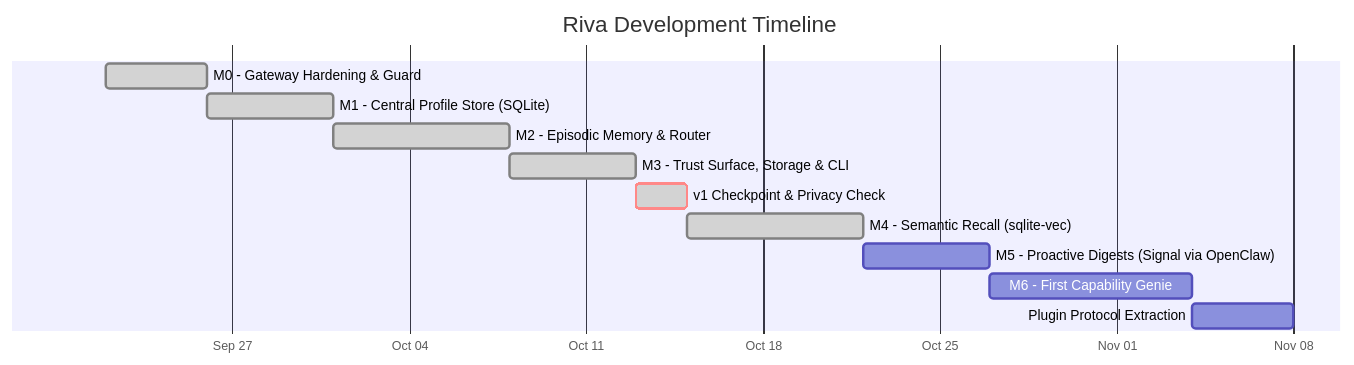
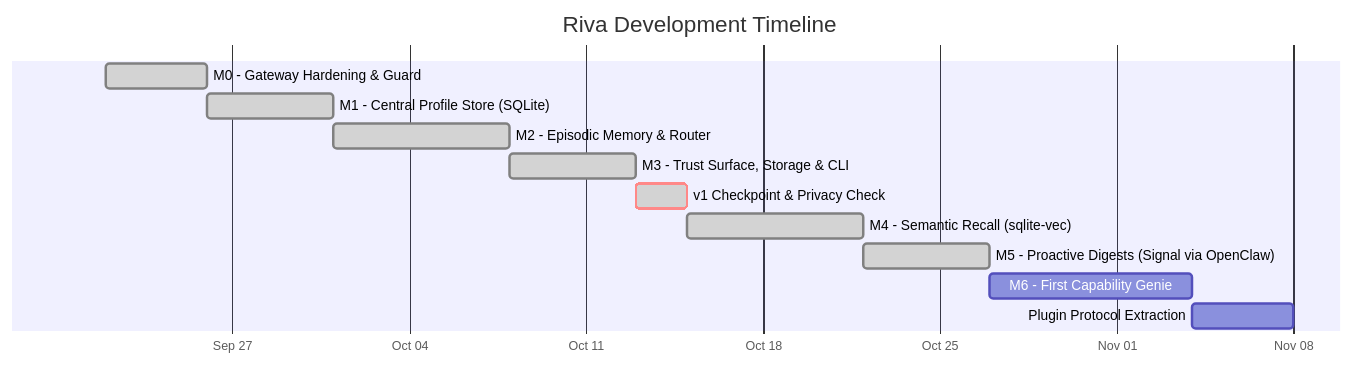
Before and after one commit to anirban-1009/riva: the diagram in docs/product/development-timeline.md, drawn with Mermaid. The commit also changed other lines of this file and 16 other files, not shown here.

Commit message:
feat: implement proactive local daily digests with Signal and macOS notification support

````diff
--- a/docs/product/development-timeline.md
+++ b/docs/product/development-timeline.md
@@ -11,16 +11,16 @@
 ```mermaid
 gantt
   title Riva Development Timeline
   dateFormat  YYYY-MM-DD
   axisFormat  %b %d
 
   M0 - Gateway Hardening & Guard              :done, m0, 2026-09-22, 4d
   M1 - Central Profile Store (SQLite)         :done, m1, after m0, 5d
   M2 - Episodic Memory & Router               :done, m2, after m1, 7d
   M3 - Trust Surface, Storage & CLI           :done, m3, after m2, 5d
   v1 Checkpoint & Privacy Check               :done, crit, v1_done, after m3, 2d
   M4 - Semantic Recall (sqlite-vec)           :done, m4, after v1_done, 7d
-  M5 - Proactive Digests (Signal via OpenClaw):m5, after m4, 5d
+  M5 - Proactive Digests (Signal via OpenClaw):done, m5, after m4, 5d
   M6 - First Capability Genie                 :m6, after m5, 8d
   Plugin Protocol Extraction                  :m6_proto, after m6, 4d
 ```
````
